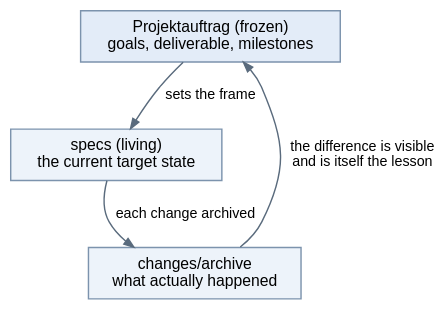
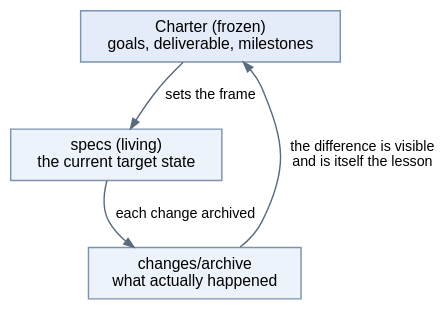
Before and after one commit to htl-leonding-college/curriculum-syp3: the diagram in modules/governance-project-charter/questions.adoc, drawn with Graphviz. The commit also changed other lines of this file and 28 other files, not shown here.

```diff
--- a/modules/governance-project-charter/questions.adoc
+++ b/modules/governance-project-charter/questions.adoc
@@ -126,19 +126,19 @@
 [graphviz,q-frozen,svg]
 ----
 digraph frozen {
   rankdir=TB;
   bgcolor="transparent";
   node [shape=box, style=filled, fillcolor="#EDF3FA", color="#7C93AD",
         fontname="Helvetica", fontsize=11];
   edge [color="#5A6B7D", arrowsize=0.7, fontname="Helvetica", fontsize=10];
 
-  C [label="Projektauftrag (frozen)\ngoals, deliverable, milestones",
+  C [label="Charter (frozen)\ngoals, deliverable, milestones",
      fillcolor="#E3ECF8"];
   S [label="specs (living)\nthe current target state"];
   A [label="changes/archive\nwhat actually happened"];
 
   C -> S [label="sets the frame"];
   S -> A [label="each change archived"];
   A -> C [label="the difference is visible\nand is itself the lesson"];
 }
 ----
```
